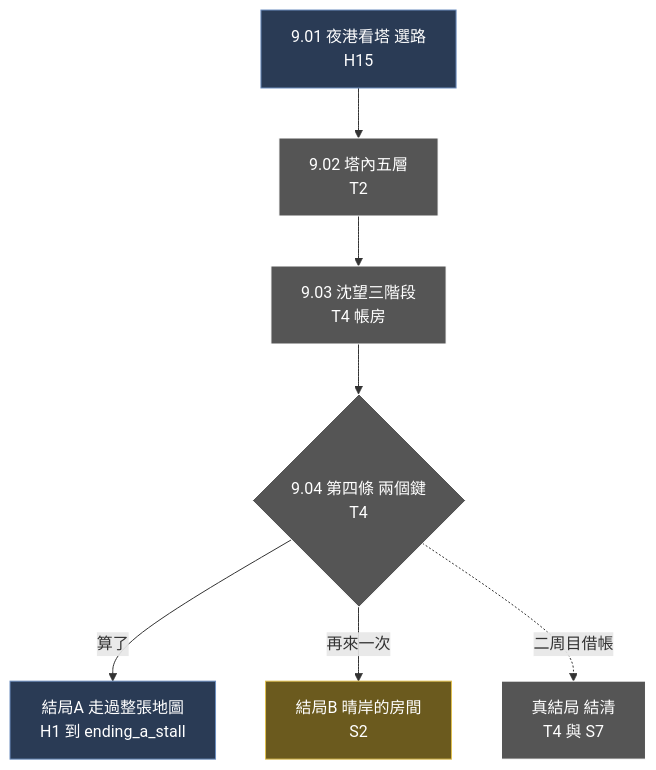
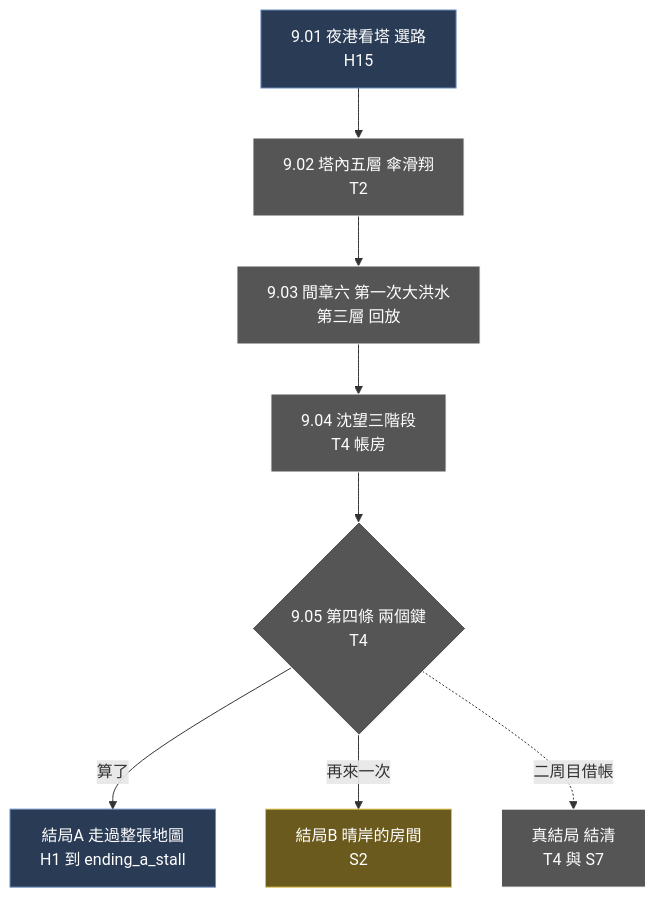
The tenth of 10 diagrams in design/13-story-v2/EVENTS.md (deadline314/Nest-Egg), drawn with Mermaid before and after one commit. The commit also changed other lines of this file and 11 other files, not shown here.

````diff
--- a/design/13-story-v2/EVENTS.md
+++ b/design/13-story-v2/EVENTS.md
@@ -398,17 +401,18 @@
 ```mermaid
 flowchart TB
-  E901["9.01 夜港看塔 選路<br/>H15"] --> E902["9.02 塔內五層<br/>T2"]
-  E902 --> E903["9.03 沈望三階段<br/>T4 帳房"]
-  E903 --> E904{"9.04 第四條 兩個鍵<br/>T4"}
-  E904 -->|"算了"| E905["結局A 走過整張地圖<br/>H1 到 ending_a_stall"]
-  E904 -->|"再來一次"| E906["結局B 晴岸的房間<br/>S2"]
-  E904 -.->|"二周目借帳"| E907["真結局 結清<br/>T4 與 S7"]
-  class E901,E905 h
-  class E902,E903,E904 t
-  class E906 s
-  class E907 t
+  E901["9.01 夜港看塔 選路<br/>H15"] --> E902["9.02 塔內五層 傘滑翔<br/>T2"]
+  E902 --> E903["9.03 間章六 第一次大洪水<br/>第三層 回放"]
+  E903 --> E904["9.04 沈望三階段<br/>T4 帳房"]
+  E904 --> E905{"9.05 第四條 兩個鍵<br/>T4"}
+  E905 -->|"算了"| E906["結局A 走過整張地圖<br/>H1 到 ending_a_stall"]
+  E905 -->|"再來一次"| E907["結局B 晴岸的房間<br/>S2"]
+  E905 -.->|"二周目借帳"| E908["真結局 結清<br/>T4 與 S7"]
+  class E901,E906 h
+  class E902,E903,E904,E905 t
+  class E907 s
+  class E908 t
   classDef h fill:#2a3b55,stroke:#6c8ebf,color:#fff
   classDef m fill:#3a3a3a,stroke:#9a9a9a,color:#fff
   classDef s fill:#6b5a1e,stroke:#e0c050,color:#fff
   classDef t fill:#555,stroke:#fff,color:#fff
 ```
````
